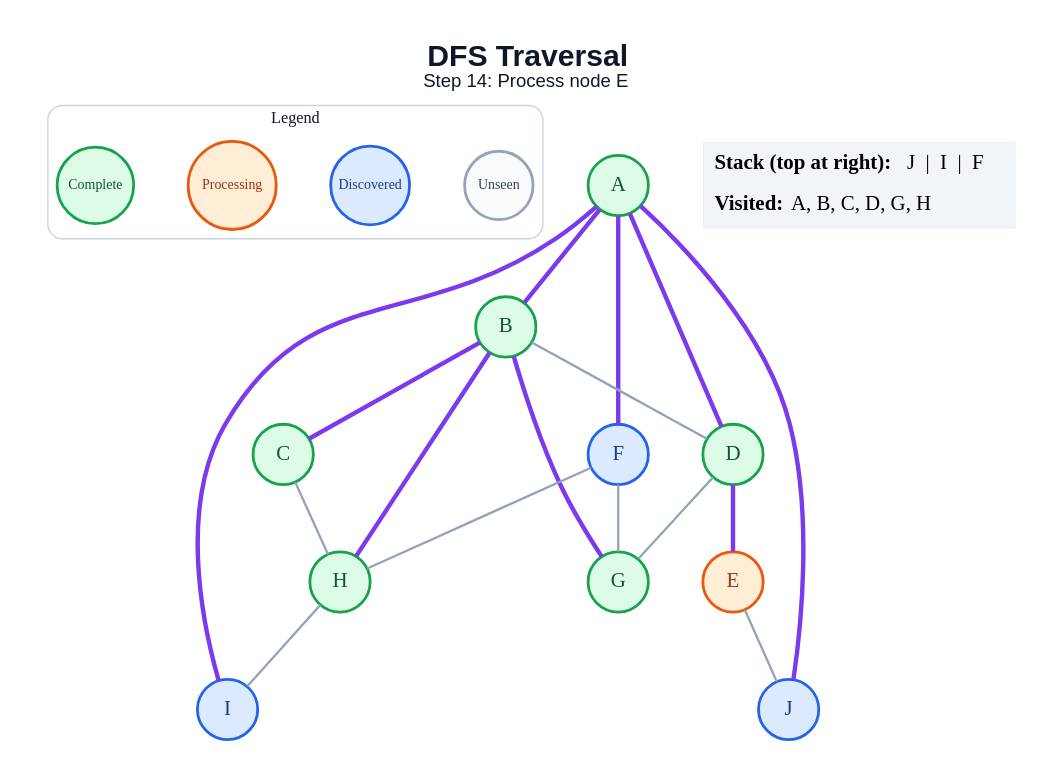
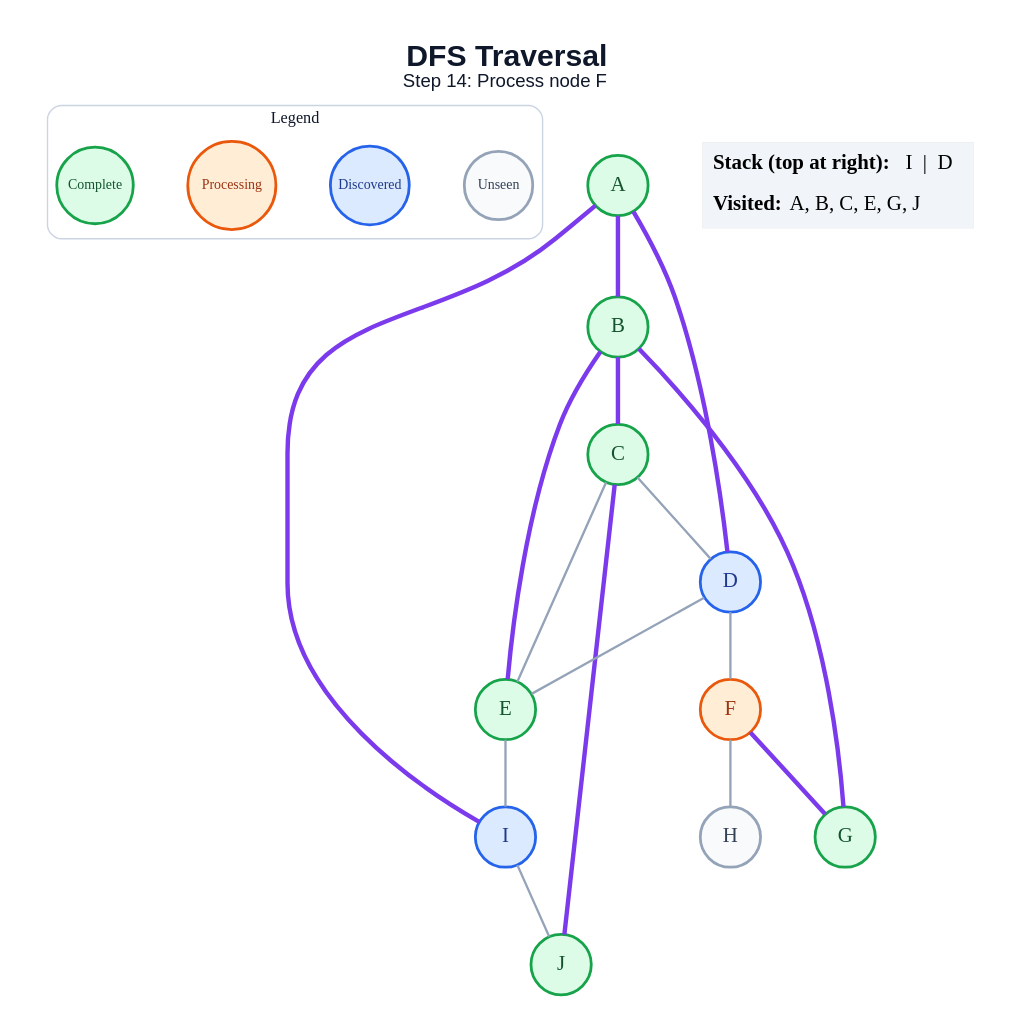
The diagram in generated/dfs/step_14.dot (anon7238593-create/ai-slop), drawn with Graphviz before and after one commit. The commit also changed 171 other files, not shown here.

```diff
--- a/generated/dfs/step_14.dot
+++ b/generated/dfs/step_14.dot
@@ -1,45 +1,44 @@
 graph traversal {
   graph [layout=dot, rankdir=TB, bgcolor="#FFFFFF", pad="0.35", nodesep="0.65", ranksep="0.8", fontname="Arial"];
   node [shape=circle, style="filled", fontname="Arial Bold", fontsize=18, width=0.72, fixedsize=true, penwidth=2.4];
   edge [color="#94A3B8", penwidth=2.0];
-  label=<<B>DFS Traversal</B><BR/><FONT POINT-SIZE="16">Step 14: Process node E</FONT>>; labelloc="t"; fontsize=26; fontname="Arial"; fontcolor="#0F172A";
+  label=<<B>DFS Traversal</B><BR/><FONT POINT-SIZE="16">Step 14: Process node F</FONT>>; labelloc="t"; fontsize=26; fontname="Arial"; fontcolor="#0F172A";
   subgraph cluster_legend { label="Legend"; color="#CBD5E1"; penwidth=1.2; style="rounded"; fontsize=14; fontname="Arial Bold";
     key_unseen [label="Unseen", fillcolor="#F8FAFC", color="#94A3B8", fontcolor="#334155", fontsize=12, width=0.82];
     key_frontier [label="Discovered", fillcolor="#DBEAFE", color="#2563EB", fontcolor="#1E3A8A", fontsize=12, width=0.95];
     key_current [label="Processing", fillcolor="#FFEDD5", color="#EA580C", fontcolor="#9A3412", fontsize=12, width=1.05];
     key_done [label="Complete", fillcolor="#DCFCE7", color="#16A34A", fontcolor="#14532D", fontsize=12, width=0.92];
     { rank=same; key_unseen; key_frontier; key_current; key_done; }
   }
   A [fillcolor="#DCFCE7", color="#16A34A", fontcolor="#14532D"];
   B [fillcolor="#DCFCE7", color="#16A34A", fontcolor="#14532D"];
   C [fillcolor="#DCFCE7", color="#16A34A", fontcolor="#14532D"];
-  D [fillcolor="#DCFCE7", color="#16A34A", fontcolor="#14532D"];
-  E [fillcolor="#FFEDD5", color="#EA580C", fontcolor="#9A3412"];
-  F [fillcolor="#DBEAFE", color="#2563EB", fontcolor="#1E3A8A"];
+  D [fillcolor="#DBEAFE", color="#2563EB", fontcolor="#1E3A8A"];
+  E [fillcolor="#DCFCE7", color="#16A34A", fontcolor="#14532D"];
+  F [fillcolor="#FFEDD5", color="#EA580C", fontcolor="#9A3412"];
   G [fillcolor="#DCFCE7", color="#16A34A", fontcolor="#14532D"];
-  H [fillcolor="#DCFCE7", color="#16A34A", fontcolor="#14532D"];
+  H [fillcolor="#F8FAFC", color="#94A3B8", fontcolor="#334155"];
   I [fillcolor="#DBEAFE", color="#2563EB", fontcolor="#1E3A8A"];
-  J [fillcolor="#DBEAFE", color="#2563EB", fontcolor="#1E3A8A"];
+  J [fillcolor="#DCFCE7", color="#16A34A", fontcolor="#14532D"];
   A -- B [color="#7C3AED", penwidth=3.8];
   A -- D [color="#7C3AED", penwidth=3.8];
-  A -- F [color="#7C3AED", penwidth=3.8];
   A -- I [color="#7C3AED", penwidth=3.8];
-  A -- J [color="#7C3AED", penwidth=3.8];
   B -- C [color="#7C3AED", penwidth=3.8];
-  B -- D;
+  B -- E [color="#7C3AED", penwidth=3.8];
   B -- G [color="#7C3AED", penwidth=3.8];
-  B -- H [color="#7C3AED", penwidth=3.8];
-  C -- H;
-  D -- E [color="#7C3AED", penwidth=3.8];
-  D -- G;
-  E -- J;
-  F -- G;
+  C -- D;
+  C -- E;
+  C -- J [color="#7C3AED", penwidth=3.8];
+  D -- E;
+  D -- F;
+  E -- I;
+  F -- G [color="#7C3AED", penwidth=3.8];
   F -- H;
-  H -- I;
+  I -- J;
   status [shape=plain, fixedsize=false, width=0, height=0, margin=0, label=<
     <TABLE BORDER="0" CELLBORDER="0" CELLPADDING="7" BGCOLOR="#F1F5F9">
-      <TR><TD ALIGN="LEFT"><B>Stack (top at right):</B> J  |  I  |  F</TD></TR>
-      <TR><TD ALIGN="LEFT"><B>Visited:</B> A, B, C, D, G, H</TD></TR>
+      <TR><TD ALIGN="LEFT"><B>Stack (top at right):</B> I  |  D</TD></TR>
+      <TR><TD ALIGN="LEFT"><B>Visited:</B> A, B, C, E, G, J</TD></TR>
     </TABLE>
   >];
 }
```
